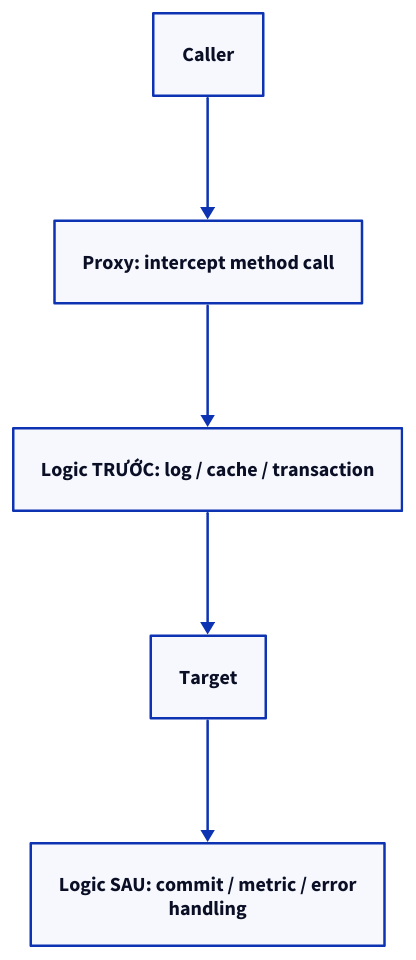
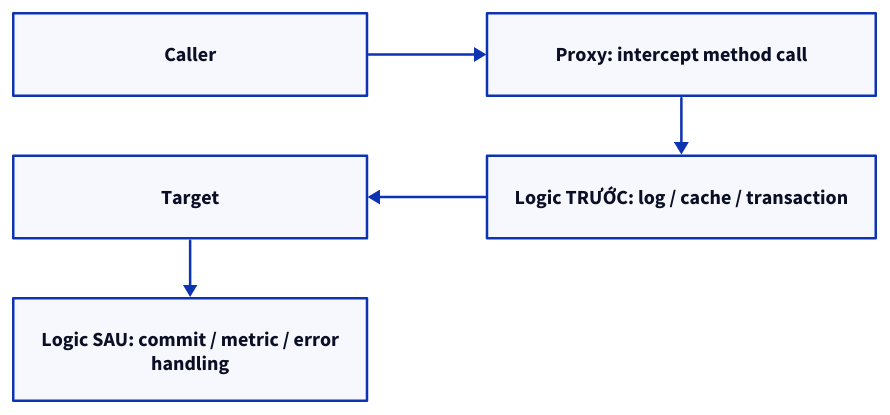
One commit to vanhiep99w/java-learn changed the first of 7 diagrams in content/docs/spring/spring-proxy.md. Above: the diagram before and after it, drawn with D2. The commit also changed other lines of this file and 62 other files, not shown here.

Commit message:
feat(docs): upgrade docs-kit and optimize diagram layouts

````diff
--- a/content/docs/spring/spring-proxy.md
+++ b/content/docs/spring/spring-proxy.md
@@ -41,10 +41,15 @@
 ```d2 title="2. Proxy Pattern — ý tưởng nền tảng"
-direction: down
+grid-rows: 3
+grid-columns: 2
+horizontal-gap: 96
+vertical-gap: 48
 caller: "Caller"
 proxy: "Proxy: intercept method call"
 target: "Target"
 before: "Logic TRƯỚC: log / cache / transaction"
 after: "Logic SAU: commit / metric / error\nhandling"
 caller -> proxy
-proxy -> before -> target -> after
+proxy -> before
+before -> target
+target -> after
 ```
````
